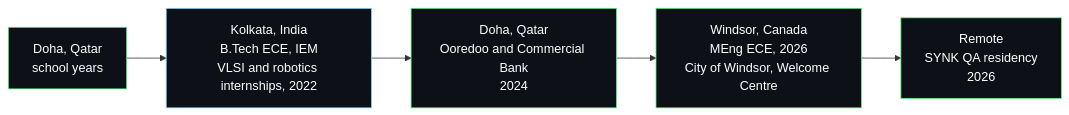
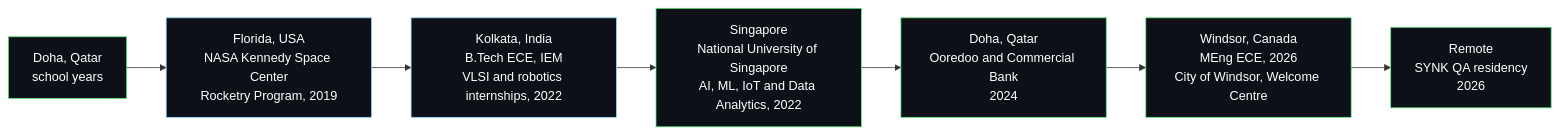
The diagram in README.md (lawazislam/lawazislam), drawn with Mermaid before and after one commit. The commit also changed other lines of this file, not shown here.

Commit message:
Update journey details and flowchart in README

````diff
--- a/README.md
+++ b/README.md
@@ -514,11 +514,13 @@
 ```mermaid
 flowchart LR
-  D["Doha, Qatar<br/>school years"] --> K["Kolkata, India<br/>B.Tech ECE, IEM<br/>VLSI and robotics internships, 2022"]
-  K --> Q["Doha, Qatar<br/>Ooredoo and Commercial Bank<br/>2024"]
+  D["Doha, Qatar<br/>school years"] --> A["Florida, USA<br/>NASA Kennedy Space Center<br/>Rocketry Program, 2019"]
+  A --> K["Kolkata, India<br/>B.Tech ECE, IEM<br/>VLSI and robotics internships, 2022"]
+  K --> S["Singapore<br/>National University of Singapore<br/>AI, ML, IoT and Data Analytics, 2022"]
+  S --> Q["Doha, Qatar<br/>Ooredoo and Commercial Bank<br/>2024"]
   Q --> W["Windsor, Canada<br/>MEng ECE, 2026<br/>City of Windsor, Welcome Centre"]
   W --> R["Remote<br/>SYNK QA residency<br/>2026"]
   classDef data fill:#0d1117,stroke:#5fed83,color:#ffffff
   classDef eng fill:#0d1117,stroke:#8dd6ff,color:#ffffff
-  class D,Q,W,R data
-  class K eng
+  class D,S,Q,W,R data
+  class A,K eng
 ```
````
